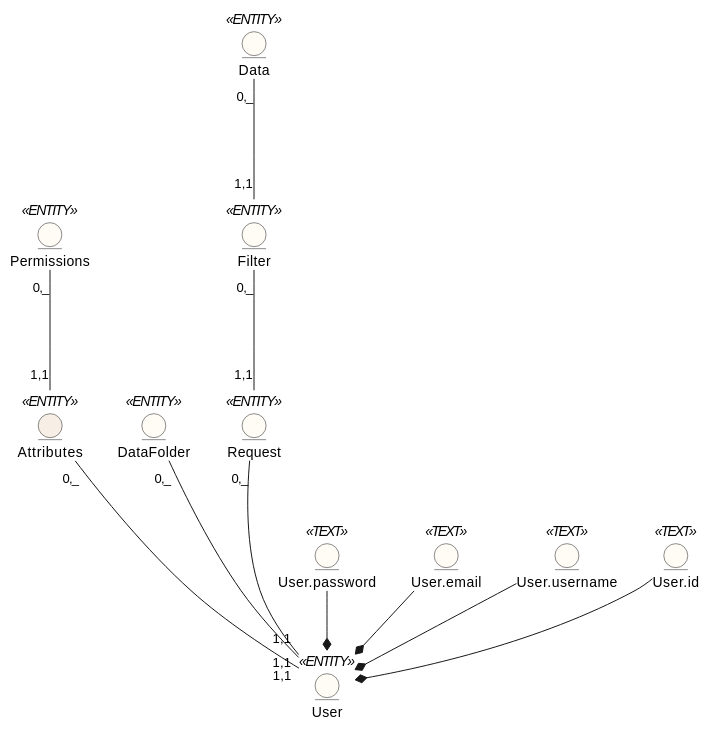
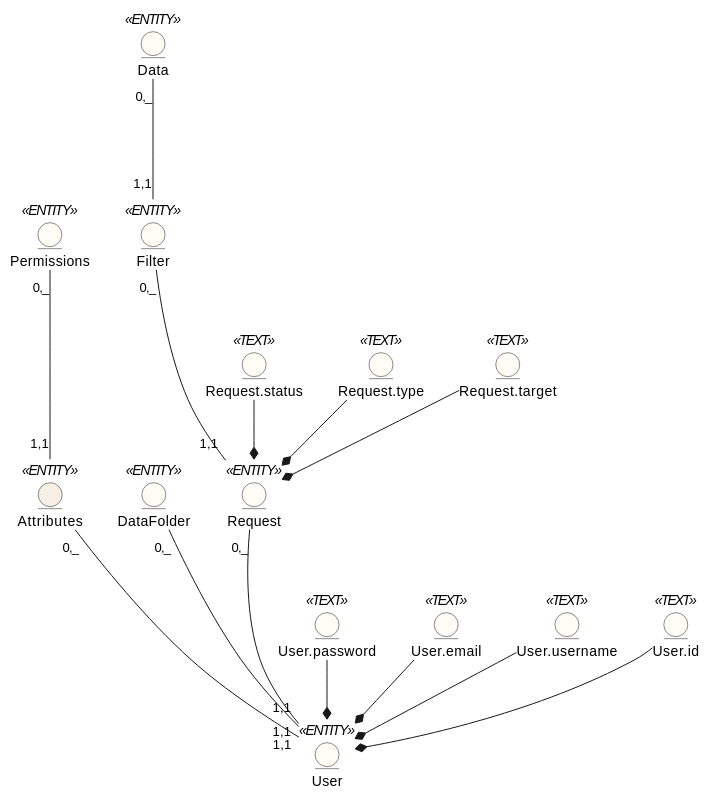
One commit to edu-db/edu_db_labs changed the diagram in docs/design/README.md. Above: the diagram before and after it, drawn with PlantUML. The commit also changed other lines of this file, not shown here.

Commit message:
feat: add attributes to Request

```diff
--- a/docs/design/README.md
+++ b/docs/design/README.md
@@ -8,30 +9,44 @@
 @startuml
 
 
 entity User <<ENTITY>> #FFFBF5
 entity User.password <<TEXT>> #FFFBF5
 entity User.email<<TEXT>> #FFFBF5
 entity User.username<<TEXT>> #FFFBF5
 entity User.id<<TEXT>> #FFFBF5
 
 
 entity Attributes <<ENTITY>> #F7EFE5
 entity DataFolder <<ENTITY>> #FFFBF5
 entity Permissions <<ENTITY>> #FFFBF5
 entity Filter <<ENTITY>> #FFFBF5
+
 entity Request <<ENTITY>> #FFFBF5
+entity Request.status <<TEXT>> #FFFBF5
+entity Request.type<<TEXT>> #FFFBF5
+entity Request.target<<TEXT>> #FFFBF5
+
 entity Data <<ENTITY>> #FFFBF5
 
 User "1,1" --u- "0,_" Attributes
 User "1,1" --u- "0,_" Request
 User "1,1" --u- "0,_" DataFolder
 Request "1,1" --u- "0,_" Filter
 Filter "1,1" --u- "0,_" Data
 Attributes "1,1" --u- "0,_" Permissions
 
 User.password -d-* User
 User.email -d-* User
 User.username -d-* User
 User.id -d-* User
 
+
+Request.status -d-* Request
+Request.type -d-* Request
+Request.target -d-* Request
+
+
+
+
+
 @enduml
```
